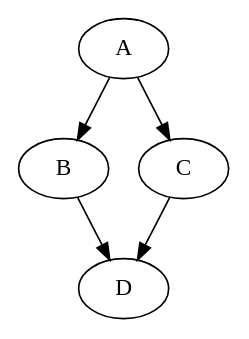
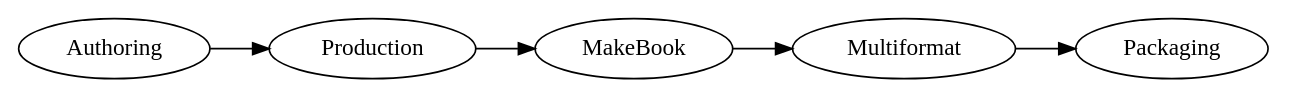
The first of 2 diagrams in index.qmd (mrchristian/NCP-slides), drawn with Graphviz before and after one commit. The commit also changed other lines of this file and 1 other file, not shown here.

Commit message:
render test

````diff
--- a/index.qmd
+++ b/index.qmd
@@ -41,8 +41,6 @@
 ```{dot}
-digraph G {
-  A -> B;
-  A -> C;
-  B -> D;
-  C -> D;
-}
+digraph BookWorkflow {
+    rankdir=LR;
+    Authoring -> Production -> MakeBook -> Multiformat -> Packaging;
+    }
 ```
````
